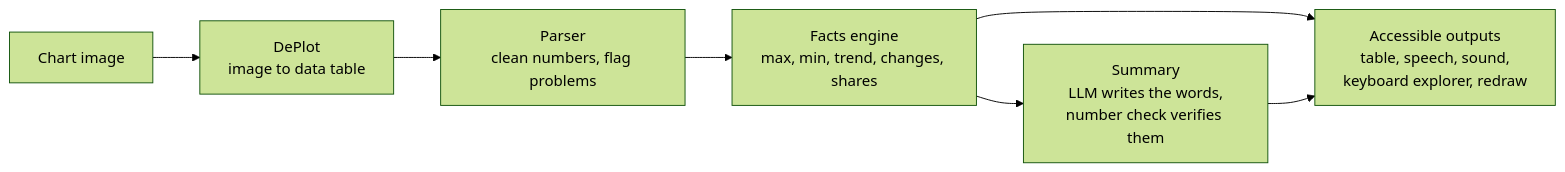
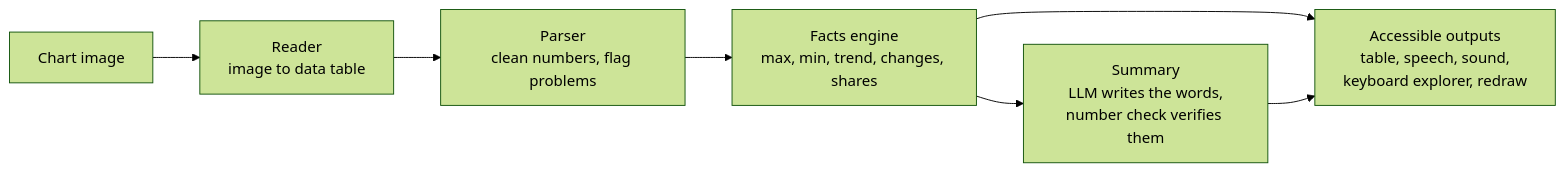
Before and after one commit to inamjadoon/Chart-Voice: the diagram in README.md, drawn with Mermaid (forest theme). The commit also changed other lines of this file, not shown here.

Commit message:
docs: update README to include Adnan in contributors and enhance chart reading details

````diff
--- a/README.md
+++ b/README.md
@@ -42,9 +43,9 @@
 ```mermaid
 flowchart LR
-    A[Chart image] --> B[DePlot<br/>image to data table]
+    A[Chart image] --> B[Reader<br/>image to data table]
     B --> C[Parser<br/>clean numbers, flag problems]
     C --> D[Facts engine<br/>max, min, trend, changes, shares]
     D --> E[Summary<br/>LLM writes the words,<br/>number check verifies them]
     D --> F[Accessible outputs<br/>table, speech, sound,<br/>keyboard explorer, redraw]
     E --> F
 ```
````
